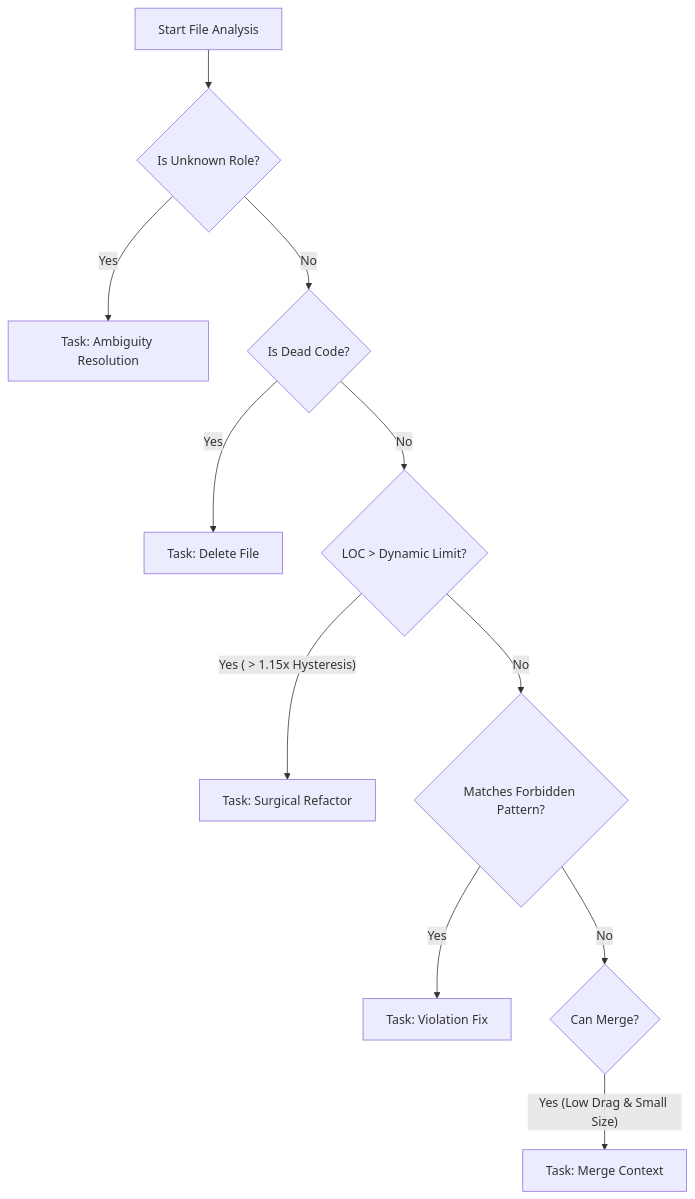
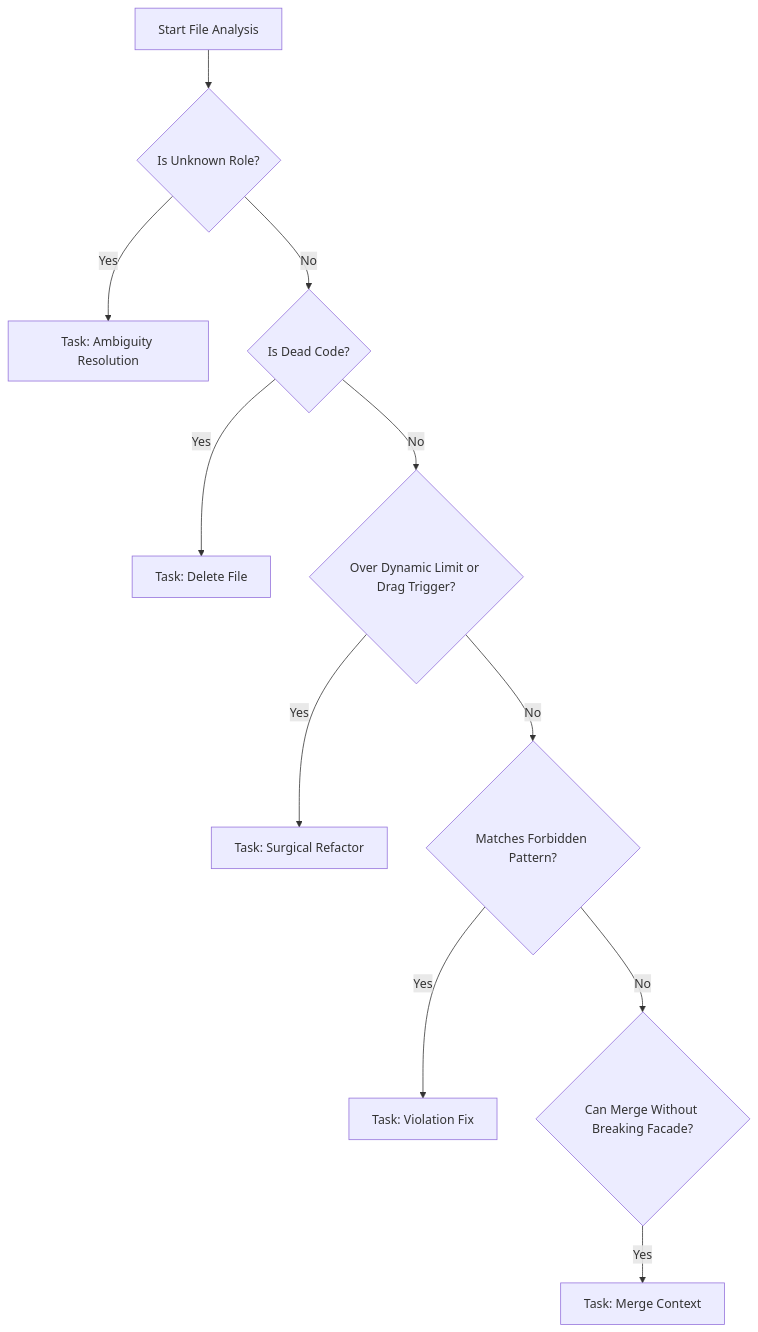
One commit to tobleron/robust-virtual-tour-builder changed the diagram in _dev-system/ARCHITECTURE.md. Above: the diagram before and after it, drawn with Mermaid. The commit also changed other lines of this file and 8 other files, not shown here.

````diff
--- a/_dev-system/ARCHITECTURE.md
+++ b/_dev-system/ARCHITECTURE.md
@@ -94,13 +94,13 @@
 ```mermaid
 graph TD
     A[Start File Analysis] --> B{Is Unknown Role?}
     B -- Yes --> C[Task: Ambiguity Resolution]
     B -- No --> D{Is Dead Code?}
     D -- Yes --> E[Task: Delete File]
-    D -- No --> F{LOC > Dynamic Limit?}
-    F -- Yes ( > 1.15x Hysteresis) --> G[Task: Surgical Refactor]
+    D -- No --> F{Over Dynamic Limit or Drag Trigger?}
+    F -- Yes --> G[Task: Surgical Refactor]
     F -- No --> H{Matches Forbidden Pattern?}
     H -- Yes --> I[Task: Violation Fix]
-    H -- No --> J{Can Merge?}
-    J -- Yes (Low Drag & Small Size) --> K[Task: Merge Context]
+    H -- No --> J{Can Merge Without Breaking Facade?}
+    J -- Yes --> K[Task: Merge Context]
 ```
````
